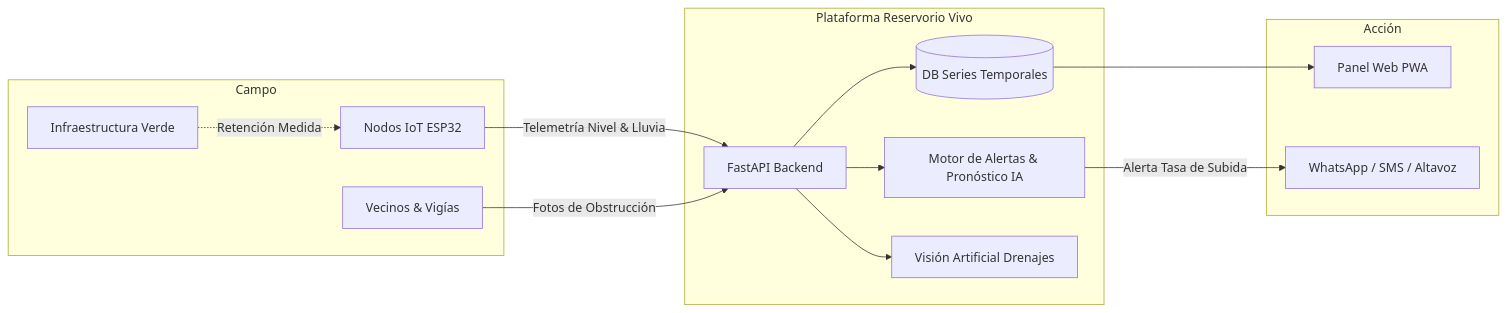
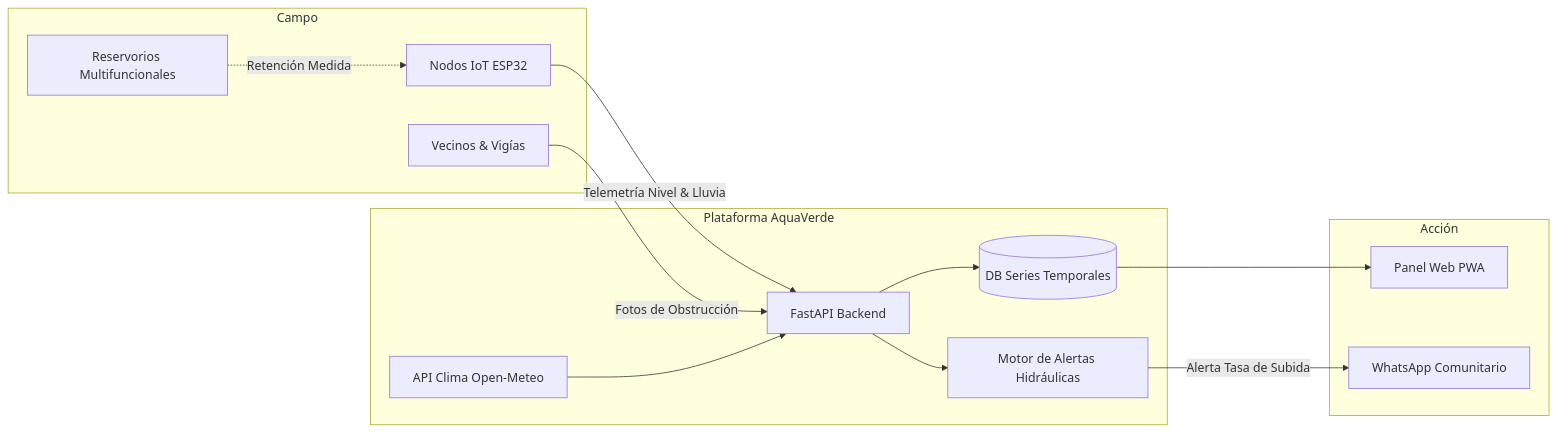
The diagram in README.md (Manzanares18nic/Rally_2026), drawn with Mermaid before and after one commit. The commit also changed other lines of this file and 7 other files, not shown here.

Commit message:
feat: renombrar sistema a AquaVerde en frontend, backend y documentación

````diff
--- a/README.md
+++ b/README.md
@@ -23,29 +22,29 @@
 ```mermaid
 graph LR
     subgraph Campo
         A[Nodos IoT ESP32]
-        B[Infraestructura Verde]
+        B[Reservorios Multifuncionales]
         C[Vecinos & Vigías]
     end
 
-    subgraph Plataforma Reservorio Vivo
+    subgraph Plataforma AquaVerde
         D[FastAPI Backend]
         E[(DB Series Temporales)]
-        F[Motor de Alertas & Pronóstico IA]
-        G[Visión Artificial Drenajes]
+        F[Motor de Alertas Hidráulicas]
+        G[API Clima Open-Meteo]
     end
 
     subgraph Acción
         H[Panel Web PWA]
-        I[WhatsApp / SMS / Altavoz]
+        I[WhatsApp Comunitario]
     end
 
     A -->|Telemetría Nivel & Lluvia| D
     B -.->|Retención Medida| A
     C -->|Fotos de Obstrucción| D
     D --> E
     D --> F
-    D --> G
+    G --> D
     F -->|Alerta Tasa de Subida| I
     E --> H
 ```
````
